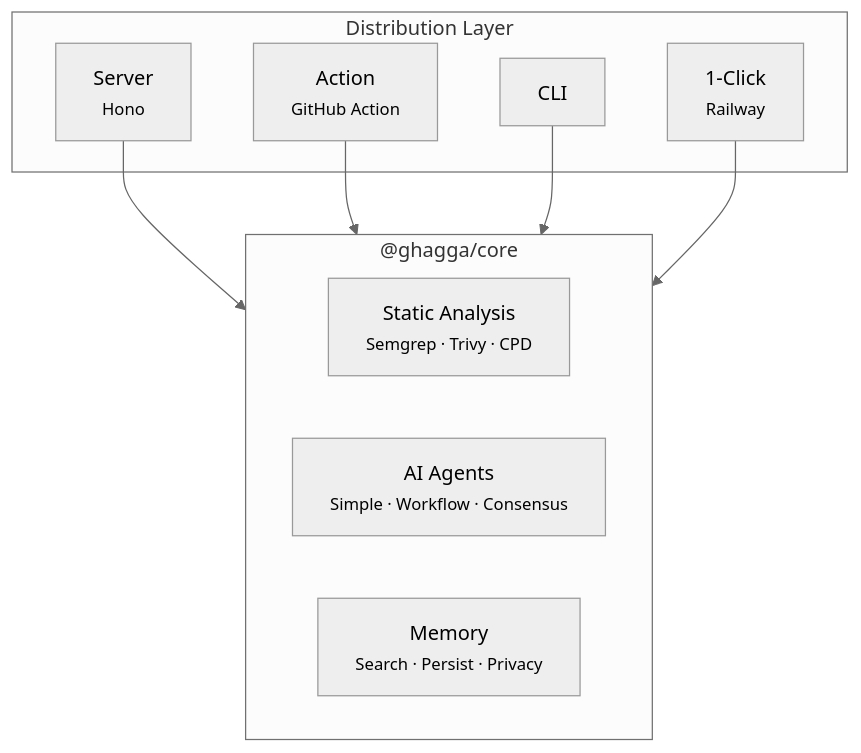
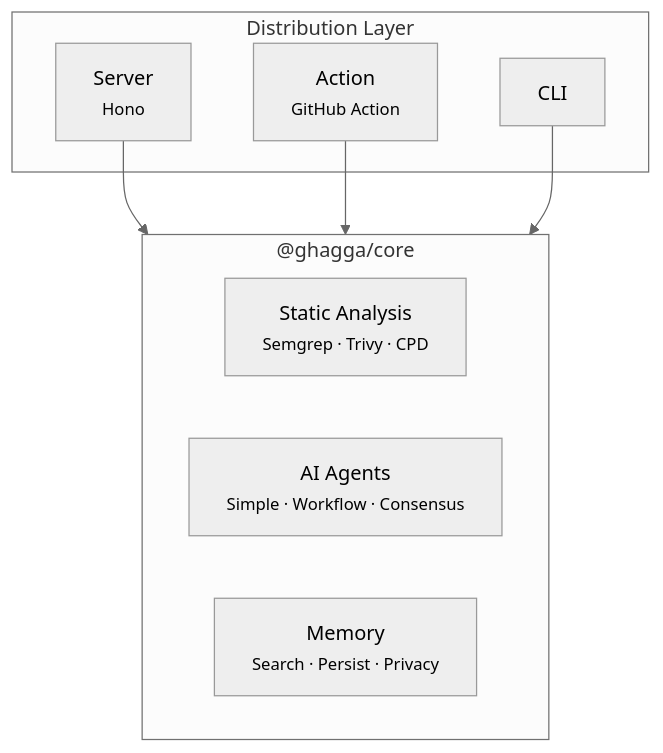
The diagram in docs/README.md (actions-marketplace-validations/JNZader_ghagga), drawn with Mermaid (neutral theme) before and after one commit. The commit also changed other lines of this file and 6 other files, not shown here.

````diff
--- a/docs/README.md
+++ b/docs/README.md
@@ -30,20 +30,18 @@
 ```mermaid
 graph TB
   subgraph Distribution["Distribution Layer"]
     Server["Server<br/><small>Hono</small>"]
     Action["Action<br/><small>GitHub Action</small>"]
     CLI["CLI"]
-    OneClick["1-Click<br/><small>Railway</small>"]
   end
 
   subgraph Core["@ghagga/core"]
     SA["Static Analysis<br/><small>Semgrep · Trivy · CPD</small>"]
     Agents["AI Agents<br/><small>Simple · Workflow · Consensus</small>"]
     Memory["Memory<br/><small>Search · Persist · Privacy</small>"]
   end
 
   Server --> Core
   Action --> Core
   CLI --> Core
-  OneClick --> Core
 ```
````
